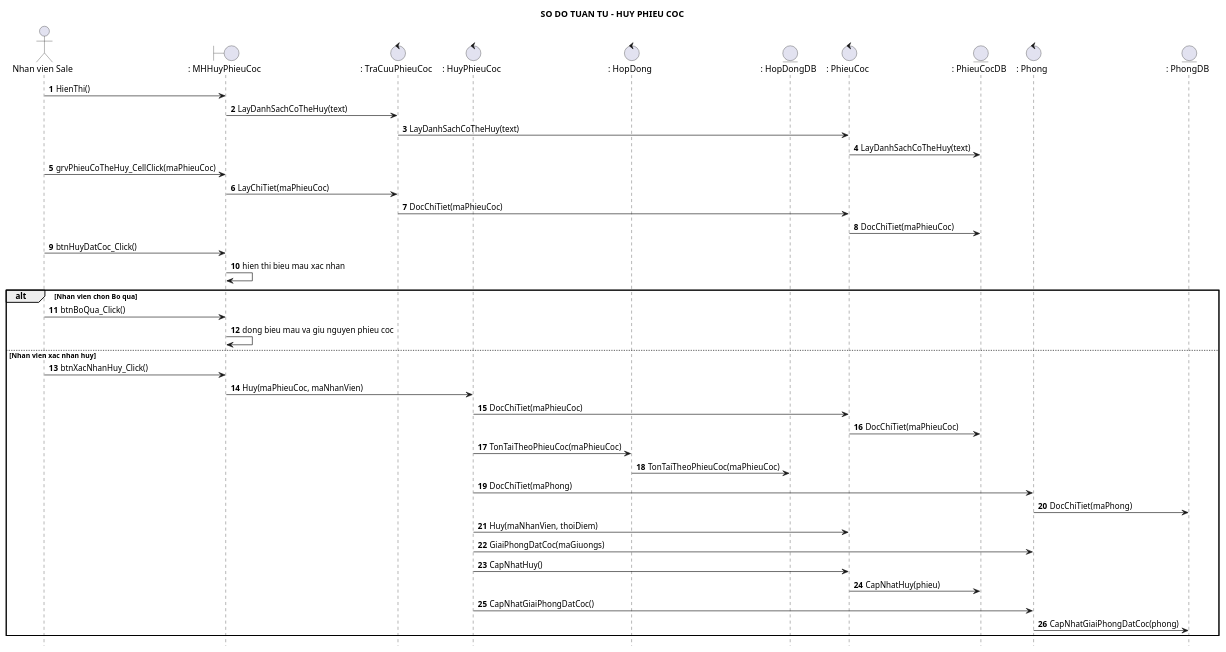
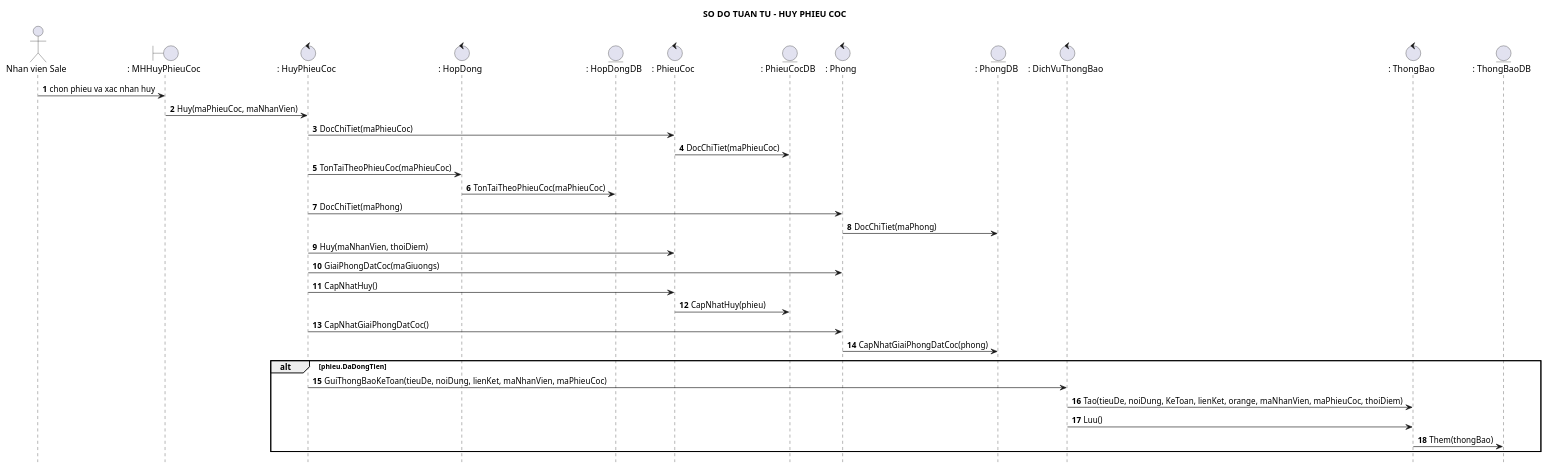
Before and after one commit to Ming1309/HomeStay-Dorm: the diagram in docs/uml/huy-phieu-coc-sequence.puml, drawn with PlantUML. The commit also changed 58 other files, not shown here.

Commit message:
feat(financial): implement reconciliation approval flow and financial proof storage

```diff
--- a/docs/uml/huy-phieu-coc-sequence.puml
+++ b/docs/uml/huy-phieu-coc-sequence.puml
@@ -1,45 +1,39 @@
 @startuml
 title SO DO TUAN TU - HUY PHIEU COC
 hide footbox
 autonumber 1 1
 skinparam shadowing false
 actor "Nhan vien Sale" as NV
 boundary ": MHHuyPhieuCoc" as MH
-control ": TraCuuPhieuCoc" as TC
 control ": HuyPhieuCoc" as HC
 control ": HopDong" as HD
 entity ": HopDongDB" as HDDB
 control ": PhieuCoc" as PC
 entity ": PhieuCocDB" as PCDB
 control ": Phong" as P
 entity ": PhongDB" as PDB
-NV -> MH : HienThi()
-MH -> TC : LayDanhSachCoTheHuy(text)
-TC -> PC : LayDanhSachCoTheHuy(text)
-PC -> PCDB : LayDanhSachCoTheHuy(text)
-NV -> MH : grvPhieuCoTheHuy_CellClick(maPhieuCoc)
-MH -> TC : LayChiTiet(maPhieuCoc)
-TC -> PC : DocChiTiet(maPhieuCoc)
+control ": DichVuThongBao" as DV
+control ": ThongBao" as TB
+entity ": ThongBaoDB" as TBDB
+
+NV -> MH : chon phieu va xac nhan huy
+MH -> HC : Huy(maPhieuCoc, maNhanVien)
+HC -> PC : DocChiTiet(maPhieuCoc)
 PC -> PCDB : DocChiTiet(maPhieuCoc)
-NV -> MH : btnHuyDatCoc_Click()
-MH -> MH : hien thi bieu mau xac nhan
-alt Nhan vien chon Bo qua
-  NV -> MH : btnBoQua_Click()
-  MH -> MH : dong bieu mau va giu nguyen phieu coc
-else Nhan vien xac nhan huy
-  NV -> MH : btnXacNhanHuy_Click()
-  MH -> HC : Huy(maPhieuCoc, maNhanVien)
-  HC -> PC : DocChiTiet(maPhieuCoc)
-  PC -> PCDB : DocChiTiet(maPhieuCoc)
-  HC -> HD : TonTaiTheoPhieuCoc(maPhieuCoc)
-  HD -> HDDB : TonTaiTheoPhieuCoc(maPhieuCoc)
-  HC -> P : DocChiTiet(maPhong)
-  P -> PDB : DocChiTiet(maPhong)
-  HC -> PC : Huy(maNhanVien, thoiDiem)
-  HC -> P : GiaiPhongDatCoc(maGiuongs)
-  HC -> PC : CapNhatHuy()
-  PC -> PCDB : CapNhatHuy(phieu)
-  HC -> P : CapNhatGiaiPhongDatCoc()
-  P -> PDB : CapNhatGiaiPhongDatCoc(phong)
+HC -> HD : TonTaiTheoPhieuCoc(maPhieuCoc)
+HD -> HDDB : TonTaiTheoPhieuCoc(maPhieuCoc)
+HC -> P : DocChiTiet(maPhong)
+P -> PDB : DocChiTiet(maPhong)
+HC -> PC : Huy(maNhanVien, thoiDiem)
+HC -> P : GiaiPhongDatCoc(maGiuongs)
+HC -> PC : CapNhatHuy()
+PC -> PCDB : CapNhatHuy(phieu)
+HC -> P : CapNhatGiaiPhongDatCoc()
+P -> PDB : CapNhatGiaiPhongDatCoc(phong)
+alt phieu.DaDongTien
+  HC -> DV : GuiThongBaoKeToan(tieuDe, noiDung, lienKet, maNhanVien, maPhieuCoc)
+  DV -> TB : Tao(tieuDe, noiDung, KeToan, lienKet, orange, maNhanVien, maPhieuCoc, thoiDiem)
+  DV -> TB : Luu()
+  TB -> TBDB : Them(thongBao)
 end
 @enduml
```
